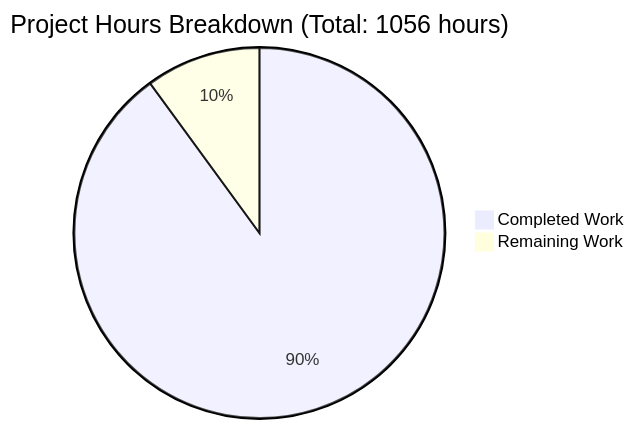
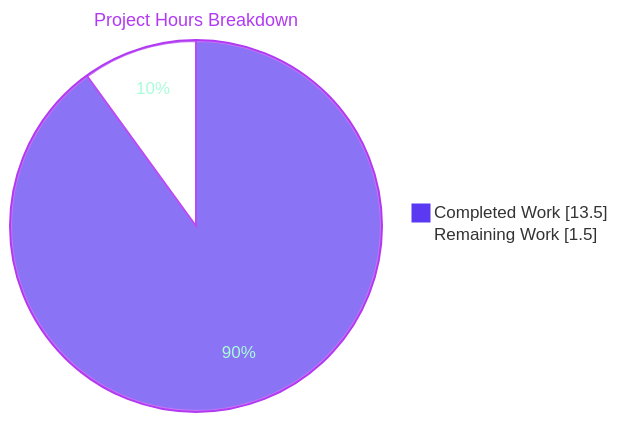
The second of 3 diagrams in blitzy/documentation/Project Guide.md (blitzy-public-samples/blitzy-tgr-dnsmasq-rust), drawn with Mermaid before and after one commit. The commit also changed other lines of this file, not shown here.

Commit message:
Adding Blitzy Project Guide: Project Status and Human Tasks Remaining

````diff
--- a/blitzy/documentation/Project Guide.md
+++ b/blitzy/documentation/Project Guide.md
@@ -64,5 +194,6 @@
 ```mermaid
-pie title Project Hours Breakdown (Total: 1056 hours)
-    "Completed Work" : 950
-    "Remaining Work" : 106
+%%{init: {'theme':'base','themeVariables':{'pie1':'#5B39F3','pie2':'#FFFFFF','pieStrokeColor':'#B23AF2','pieOuterStrokeColor':'#B23AF2','pieTitleTextSize':'18px','pieTitleTextColor':'#B23AF2','pieSectionTextColor':'#A8FDD9'}}}%%
+pie showData title Project Hours Breakdown
+    "Completed Work" : 13.5
+    "Remaining Work" : 1.5
 ```
````
